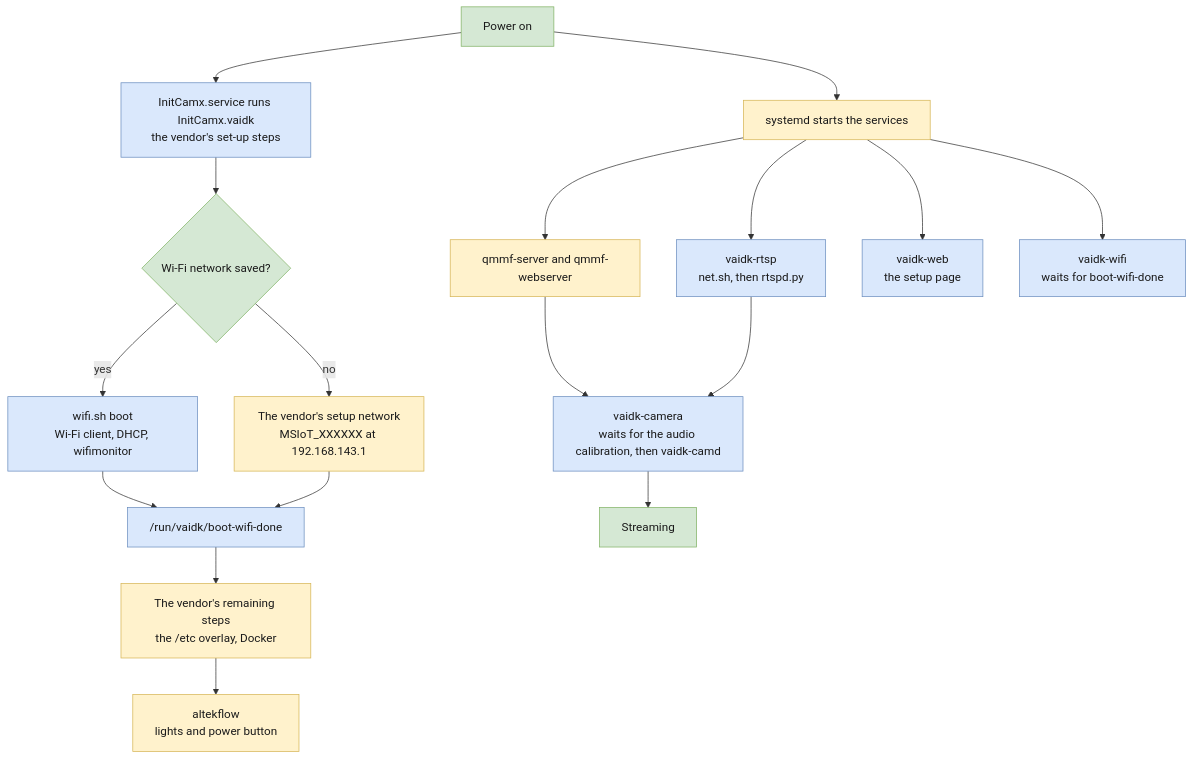
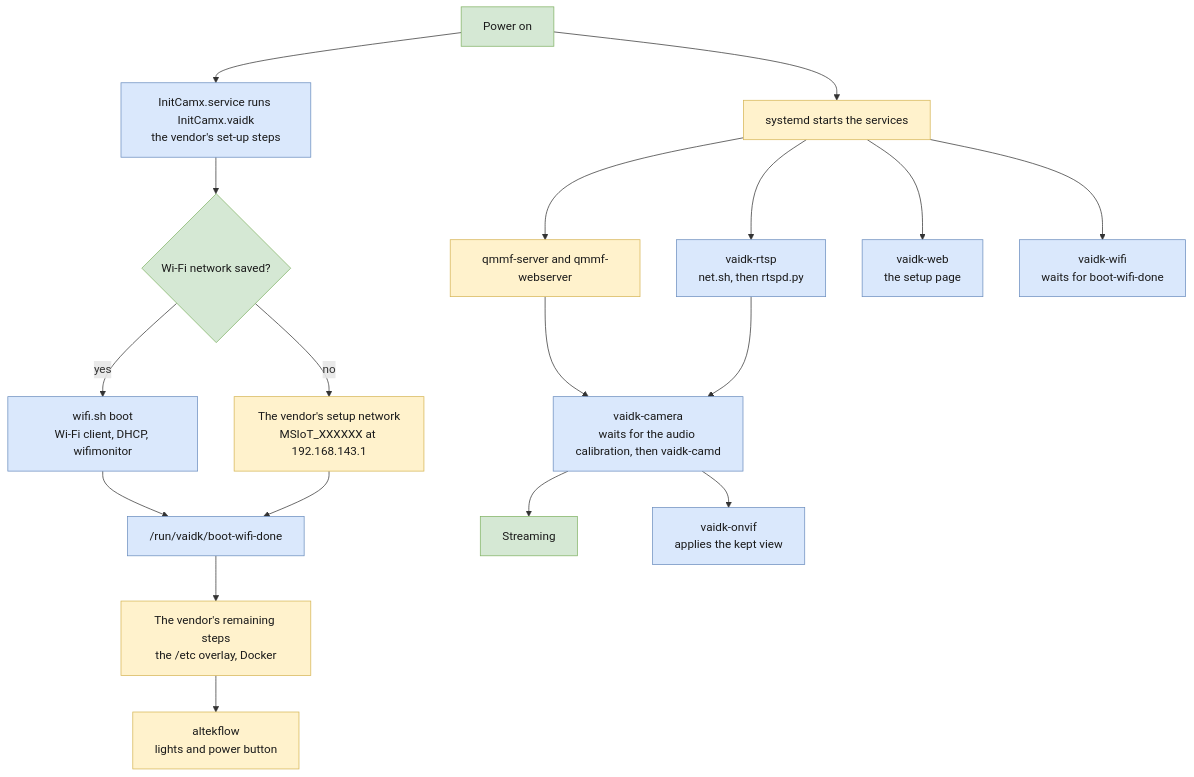
Before and after one commit to howardginsburg/VisionAIDevKitRTSP: the seventh of 9 diagrams in ARCHITECTURE.md, drawn with Mermaid. The commit also changed other lines of this file and 20 other files, not shown here.

````diff
--- a/ARCHITECTURE.md
+++ b/ARCHITECTURE.md
@@ -268,25 +306,26 @@
 ```mermaid
 flowchart TB
     power["Power on"] --> init["InitCamx.service runs InitCamx.vaidk<br/>the vendor's set-up steps"]
     init --> saved{"Wi-Fi network saved?"}
     saved -- "yes" --> join["wifi.sh boot<br/>Wi-Fi client, DHCP, wifimonitor"]
     saved -- "no" --> ap["The vendor's setup network<br/>MSIoT_XXXXXX at 192.168.143.1"]
     join --> done["/run/vaidk/boot-wifi-done"]
     ap --> done
     done --> rest["The vendor's remaining steps<br/>the /etc overlay, Docker"]
     rest --> altek["altekflow<br/>lights and power button"]
     power --> svc["systemd starts the services"]
     svc --> qmmf["qmmf-server and qmmf-webserver"]
     svc --> rtsp["vaidk-rtsp<br/>net.sh, then rtspd.py"]
     svc --> web["vaidk-web<br/>the setup page"]
     svc --> watch["vaidk-wifi<br/>waits for boot-wifi-done"]
     qmmf --> cam["vaidk-camera<br/>waits for the audio calibration, then vaidk-camd"]
     rtsp --> cam
     cam --> streaming["Streaming"]
+    cam --> onvif["vaidk-onvif<br/>applies the kept view"]
     classDef mod fill:#dae8fc,stroke:#6c8ebf,color:#1a1a1a
     classDef os fill:#fff2cc,stroke:#d6b656,color:#1a1a1a
     classDef use fill:#d5e8d4,stroke:#82b366,color:#1a1a1a
-    class init,join,done,rtsp,web,watch,cam mod
+    class init,join,done,rtsp,web,watch,cam,onvif mod
     class ap,rest,altek,svc,qmmf os
     class power,saved,streaming use
 ```
````
